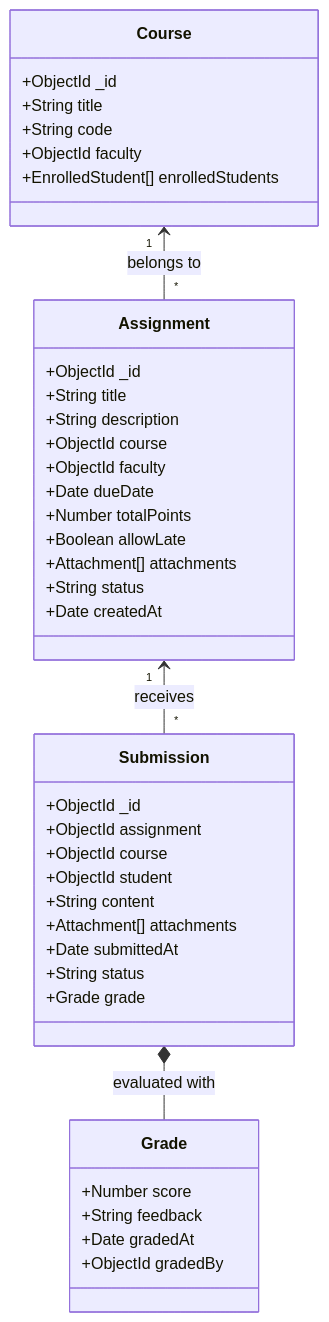
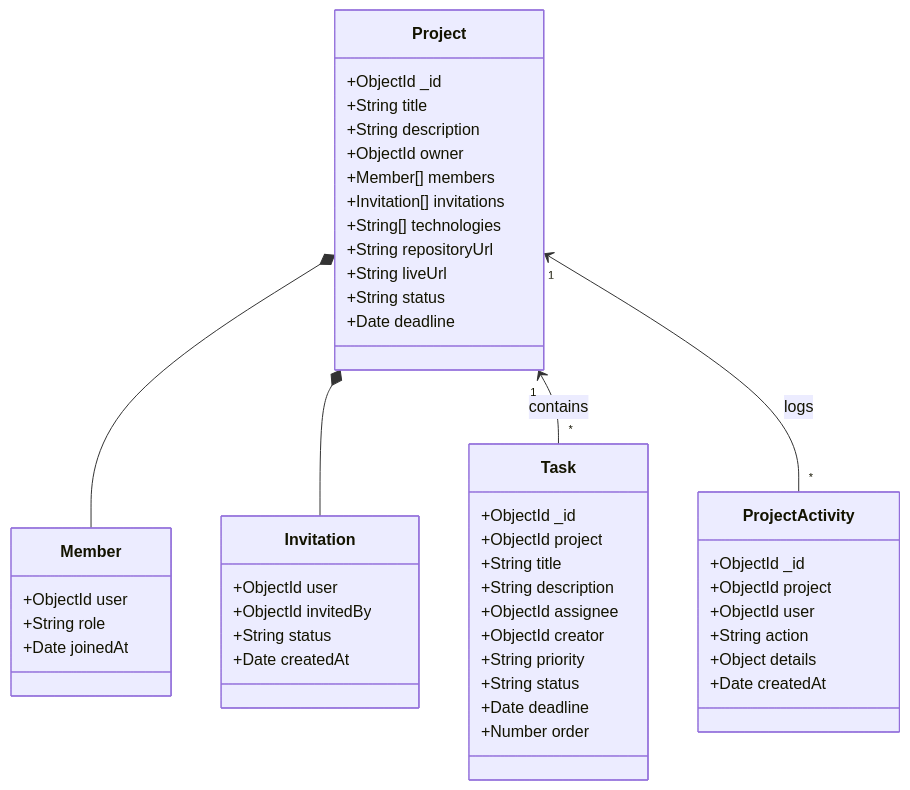
One commit to kubervaidya24-max/CAMPUSFLOW changed the sixth of 6 diagrams in docs/architecture.md. Above: the diagram before and after it, drawn with Mermaid. The commit also changed other lines of this file and 21 other files, not shown here.

````diff
--- a/docs/architecture.md
+++ b/docs/architecture.md
@@ -122,47 +137,56 @@
 ```mermaid
 classDiagram
-    class Course {
-        +ObjectId _id
-        +String title
-        +String code
-        +ObjectId faculty
-        +EnrolledStudent[] enrolledStudents
-    }
-
-    class Assignment {
+    class Project {
         +ObjectId _id
         +String title
         +String description
-        +ObjectId course
-        +ObjectId faculty
-        +Date dueDate
-        +Number totalPoints
-        +Boolean allowLate
-        +Attachment[] attachments
+        +ObjectId owner
+        +Member[] members
+        +Invitation[] invitations
+        +String[] technologies
+        +String repositoryUrl
+        +String liveUrl
+        +String status
+        +Date deadline
+    }
+
+    class Member {
+        +ObjectId user
+        +String role
+        +Date joinedAt
+    }
+
+    class Invitation {
+        +ObjectId user
+        +ObjectId invitedBy
         +String status
         +Date createdAt
     }
 
-    class Submission {
+    class Task {
         +ObjectId _id
-        +ObjectId assignment
-        +ObjectId course
-        +ObjectId student
-        +String content
-        +Attachment[] attachments
-        +Date submittedAt
+        +ObjectId project
+        +String title
+        +String description
+        +ObjectId assignee
+        +ObjectId creator
+        +String priority
         +String status
-        +Grade grade
+        +Date deadline
+        +Number order
     }
 
-    class Grade {
-        +Number score
-        +String feedback
-        +Date gradedAt
-        +ObjectId gradedBy
+    class ProjectActivity {
+        +ObjectId _id
+        +ObjectId project
+        +ObjectId user
+        +String action
+        +Object details
+        +Date createdAt
     }
 
-    Course "1" <-- "*" Assignment : belongs to
-    Assignment "1" <-- "*" Submission : receives
-    Submission *-- Grade : evaluated with
+    Project *-- Member
+    Project *-- Invitation
+    Project "1" <-- "*" Task : contains
+    Project "1" <-- "*" ProjectActivity : logs
 ```
````
